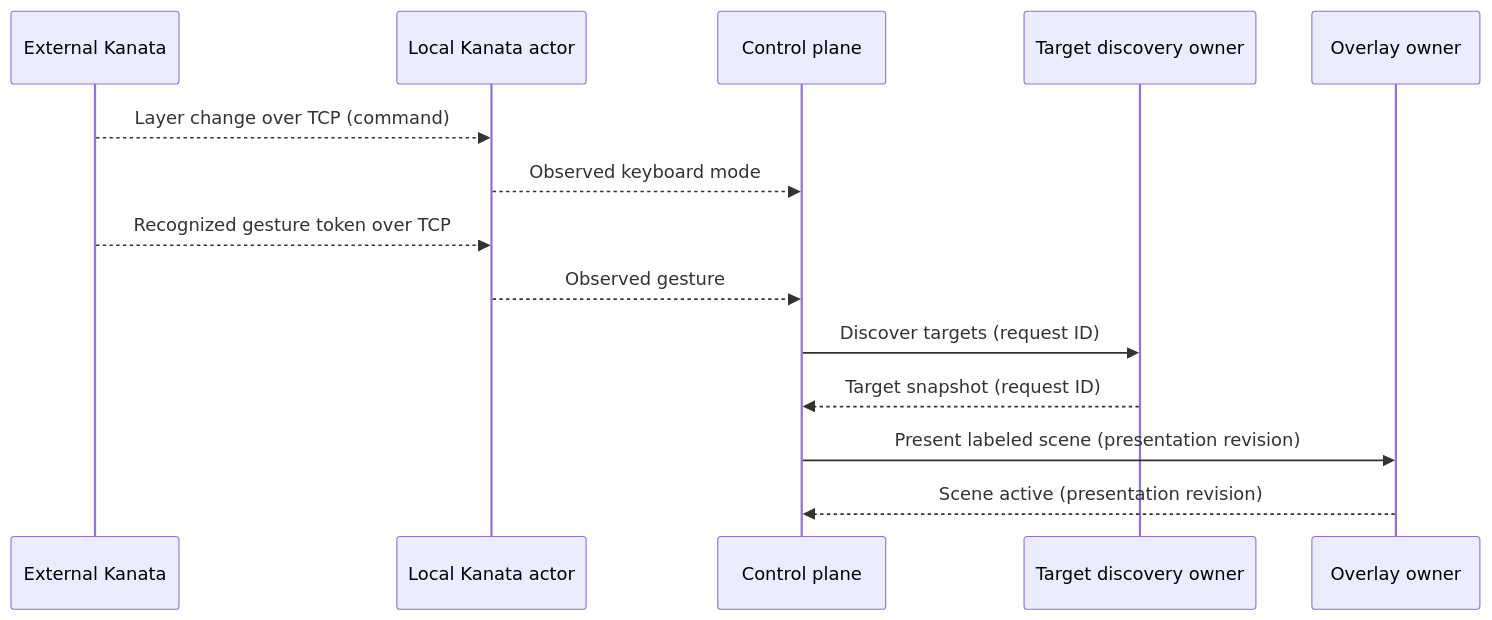
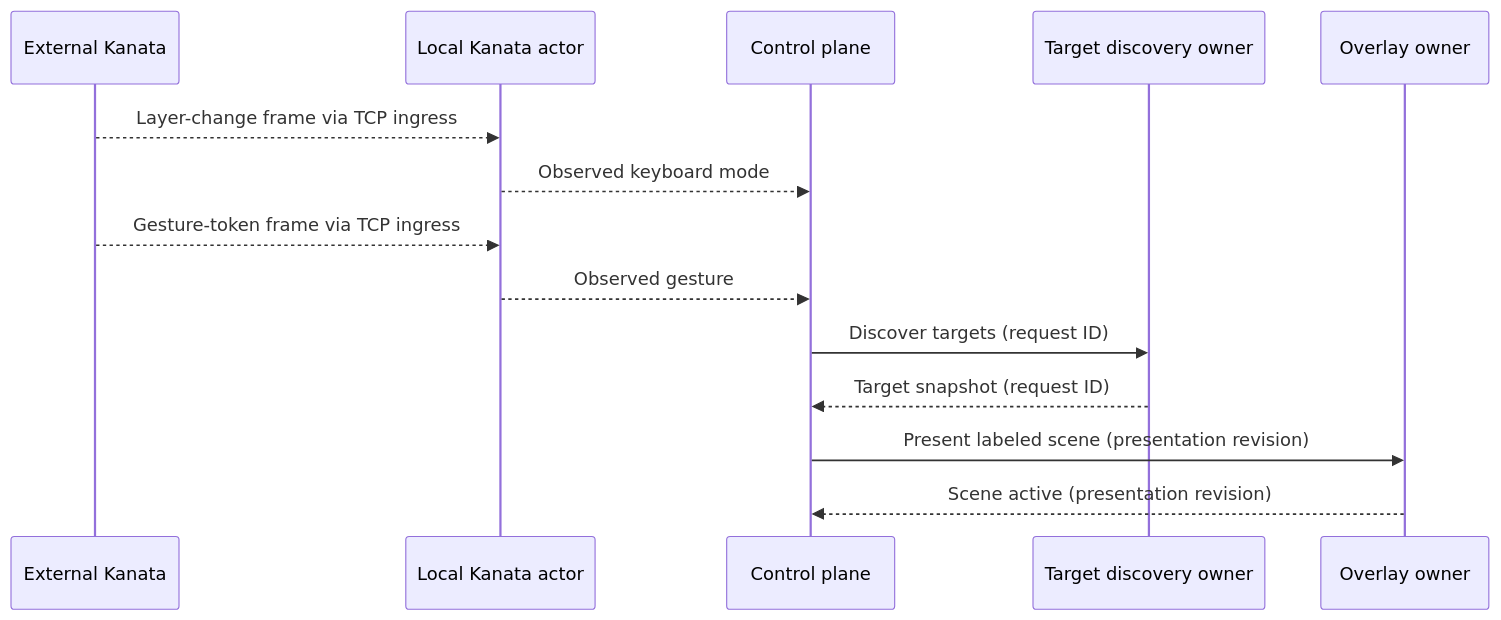
Before and after one commit to MattKotsenas/desknav: the diagram in ARCHITECTURE.md, drawn with Mermaid. The commit also changed other lines of this file, not shown here.

Commit message:
fixup! Add progressive gesture ingress

````diff
--- a/ARCHITECTURE.md
+++ b/ARCHITECTURE.md
@@ -171,17 +173,17 @@
 ```mermaid
 sequenceDiagram
     participant K as External Kanata
     participant KA as Local Kanata actor
     participant C as Control plane
     participant D as Target discovery owner
     participant O as Overlay owner
 
-    K-->>KA: Layer change over TCP (command)
+    K-->>KA: Layer-change frame via TCP ingress
     KA-->>C: Observed keyboard mode
-    K-->>KA: Recognized gesture token over TCP
+    K-->>KA: Gesture-token frame via TCP ingress
     KA-->>C: Observed gesture
     C->>D: Discover targets (request ID)
     D-->>C: Target snapshot (request ID)
     C->>O: Present labeled scene (presentation revision)
     O-->>C: Scene active (presentation revision)
 ```
````
